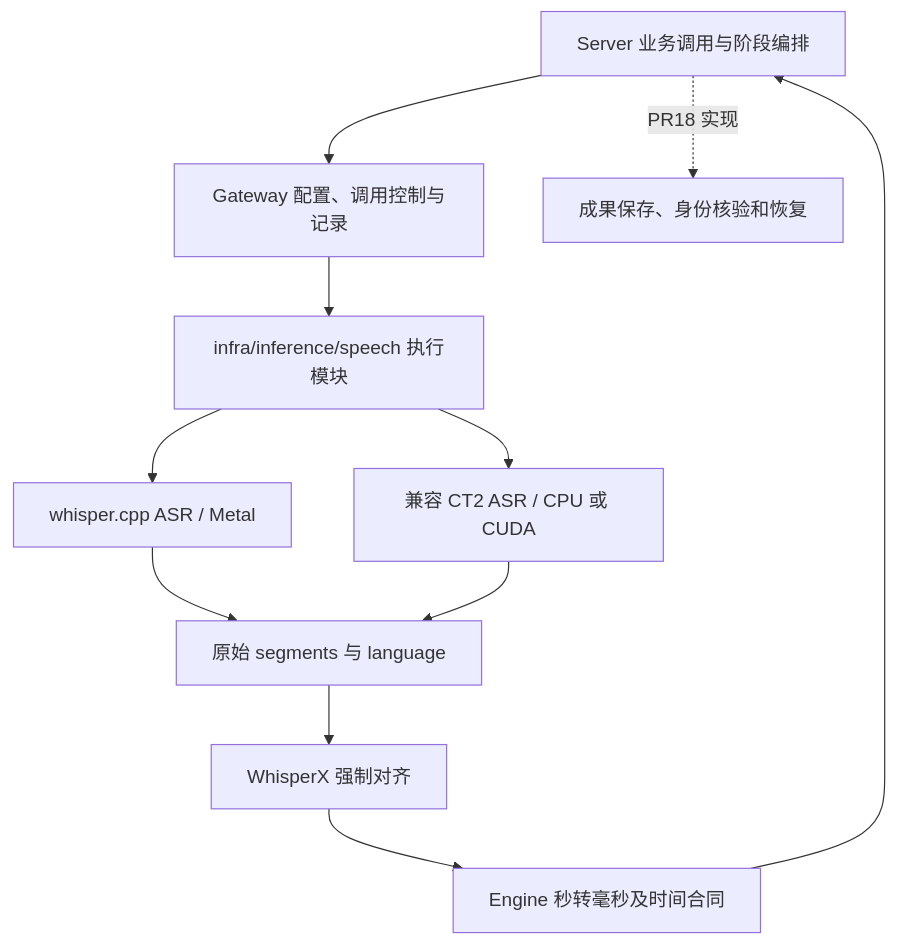
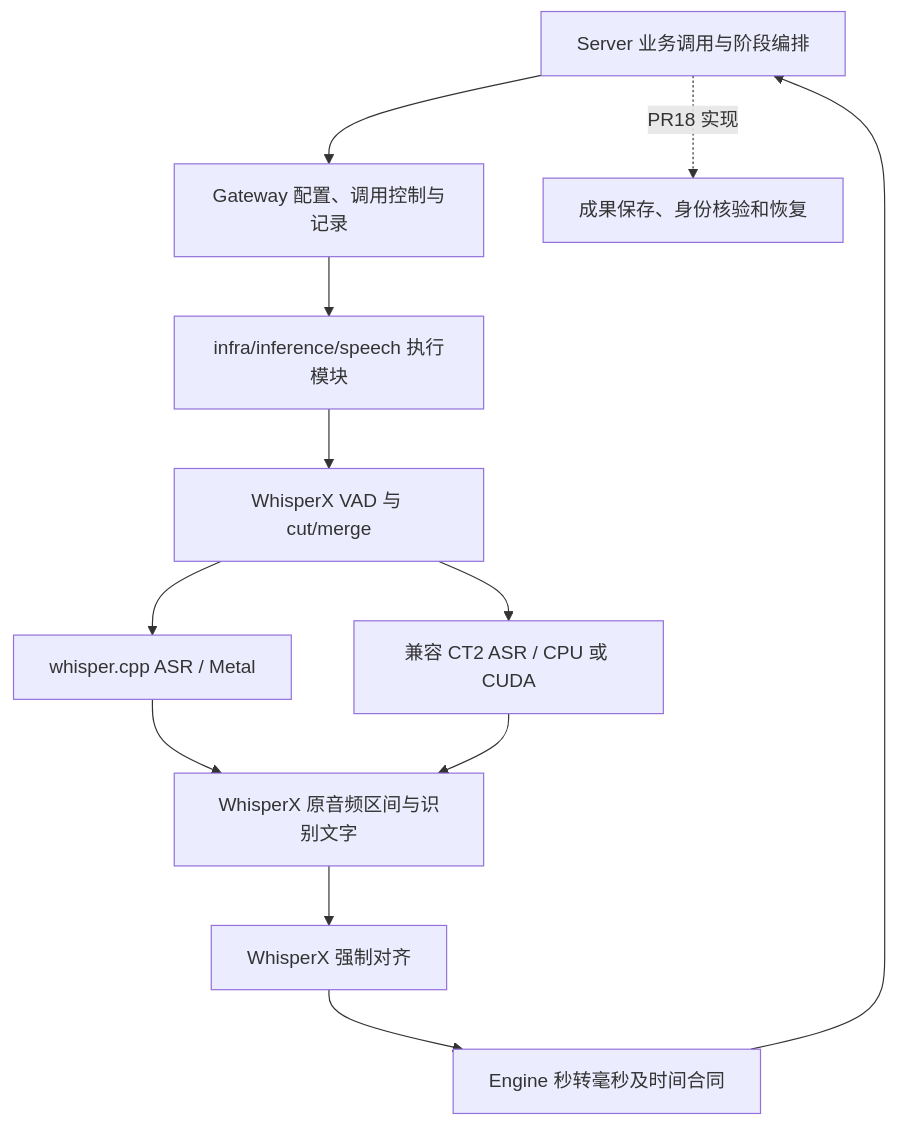
The diagram in docs/design/03-product-reassessment/apple-gpu-asr-alignment-trd.md (owariband/Seekino), drawn with Mermaid before and after one commit. The commit also changed other lines of this file and 5 other files, not shown here.

````diff
--- a/docs/design/03-product-reassessment/apple-gpu-asr-alignment-trd.md
+++ b/docs/design/03-product-reassessment/apple-gpu-asr-alignment-trd.md
@@ -144,13 +161,14 @@
 ```mermaid
 flowchart TD
     S[Server 业务调用与阶段编排] --> G[Gateway 配置、调用控制与记录]
     G --> R[infra/inference/speech 执行模块]
-    R --> C[whisper.cpp ASR / Metal]
-    R --> F[兼容 CT2 ASR / CPU 或 CUDA]
-    C --> T[原始 segments 与 language]
+    R --> V[WhisperX VAD 与 cut/merge]
+    V --> C[whisper.cpp ASR / Metal]
+    V --> F[兼容 CT2 ASR / CPU 或 CUDA]
+    C --> T[WhisperX 原音频区间与识别文字]
     F --> T
     T --> A[WhisperX 强制对齐]
     A --> E[Engine 秒转毫秒及时间合同]
     E --> S
     S -. PR18 实现 .-> P[成果保存、身份核验和恢复]
 ```
````
